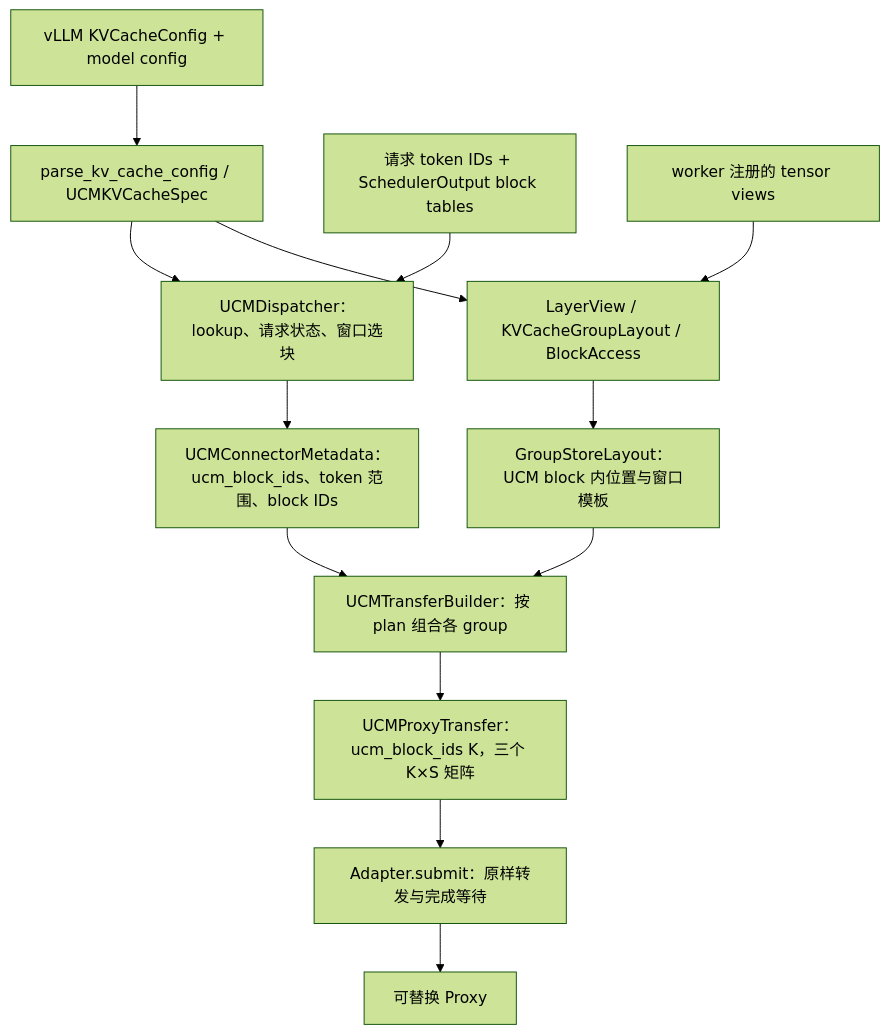
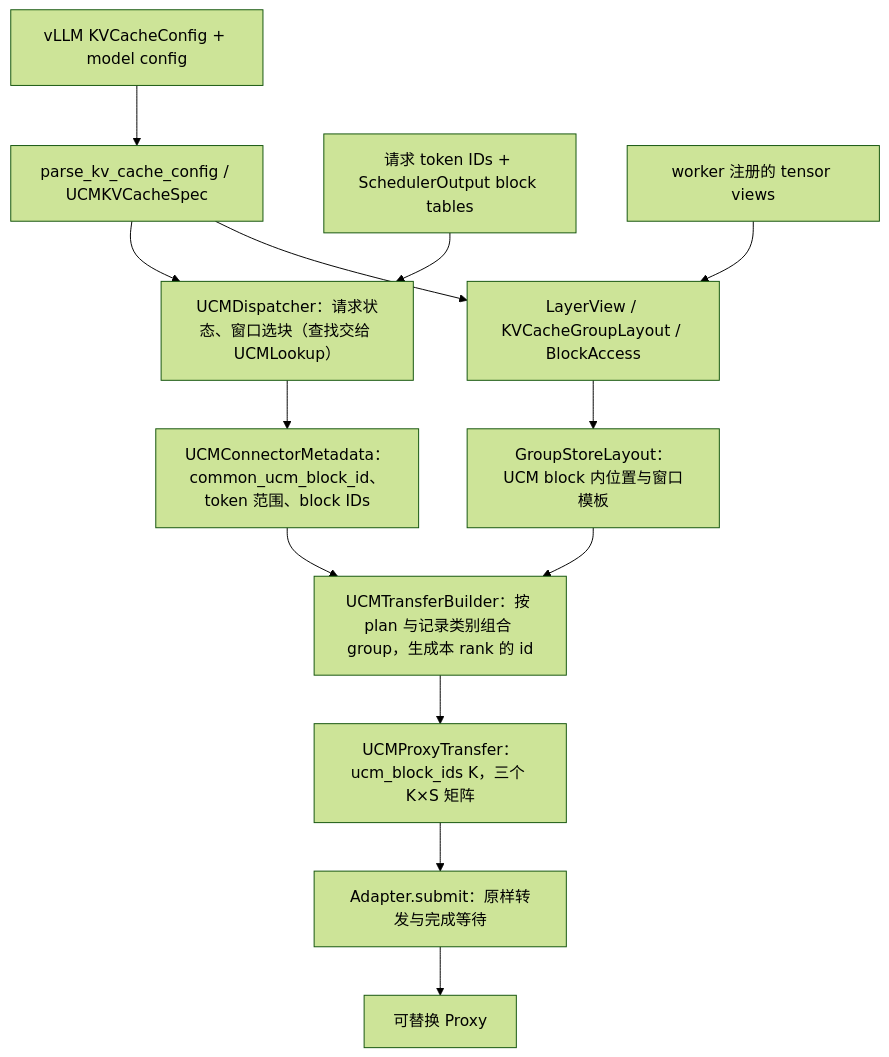
One commit to ModelEngine-Group/unified-cache-management changed the diagram in docs/connector-v2-detailed-design.md. Above: the diagram before and after it, drawn with Mermaid (forest theme). The commit also changed other lines of this file and 20 other files, not shown here.

````diff
--- a/docs/connector-v2-detailed-design.md
+++ b/docs/connector-v2-detailed-design.md
@@ -26,15 +26,15 @@
 ```mermaid
 flowchart TD
     Config["vLLM KVCacheConfig + model config"] --> Spec["parse_kv_cache_config / UCMKVCacheSpec"]
-    Spec --> Scheduler["UCMDispatcher：lookup、请求状态、窗口选块"]
+    Spec --> Scheduler["UCMDispatcher：请求状态、窗口选块（查找交给 UCMLookup）"]
     Request["请求 token IDs + SchedulerOutput block tables"] --> Scheduler
-    Scheduler --> Meta["UCMConnectorMetadata：ucm_block_ids、token 范围、block IDs"]
+    Scheduler --> Meta["UCMConnectorMetadata：common_ucm_block_id、token 范围、block IDs"]
     Views["worker 注册的 tensor views"] --> Physical["LayerView / KVCacheGroupLayout / BlockAccess"]
     Spec --> Physical
     Physical --> Record["GroupStoreLayout：UCM block 内位置与窗口模板"]
-    Meta --> Builder["UCMTransferBuilder：按 plan 组合各 group"]
+    Meta --> Builder["UCMTransferBuilder：按 plan 与记录类别组合 group，生成本 rank 的 id"]
     Record --> Builder
     Builder --> Transfer["UCMProxyTransfer：ucm_block_ids K，三个 K×S 矩阵"]
     Transfer --> Adapter["Adapter.submit：原样转发与完成等待"]
     Adapter --> Proxy["可替换 Proxy"]
 ```
````
